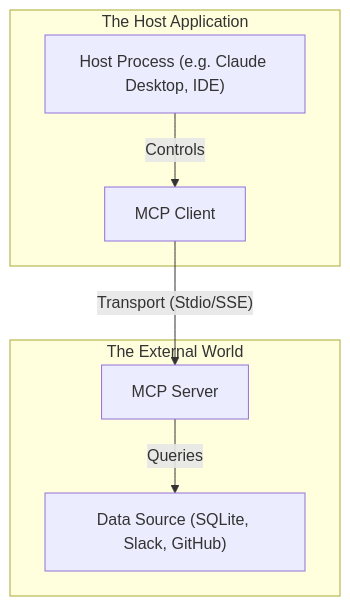
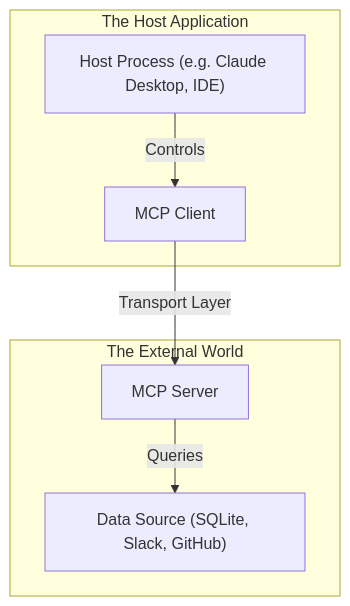
One commit to ibhi/ibhi.github.io changed the first of 4 diagrams in content/posts/mcp-series-03-architecture/index.md. Above: the diagram before and after it, drawn with Mermaid. The commit also changed other lines of this file and 1 other file, not shown here.

```diff
--- a/content/posts/mcp-series-03-architecture/index.md
+++ b/content/posts/mcp-series-03-architecture/index.md
@@ -17,16 +17,16 @@
 {{< mermaid >}}
 graph TD
     subgraph "The Host Application"
         H["Host Process (e.g. Claude Desktop, IDE)"]
         C["MCP Client"]
     end
 
     subgraph "The External World"
         S["MCP Server"]
         D["Data Source (SQLite, Slack, GitHub)"]
     end
 
     H --"Controls"--> C
-    C --"Transport (Stdio/SSE)"--> S
+    C --"Transport Layer"--> S
     S --"Queries"--> D
 {{< /mermaid >}}
```
